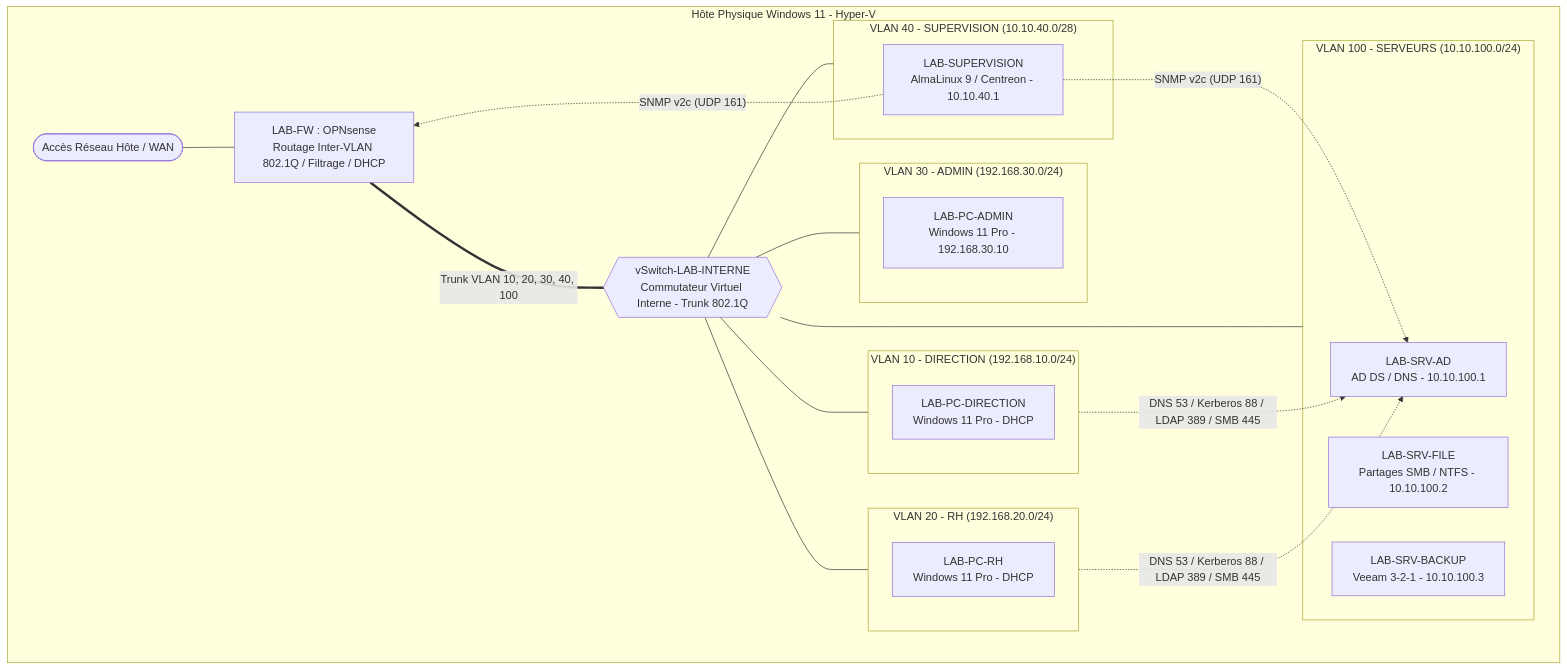
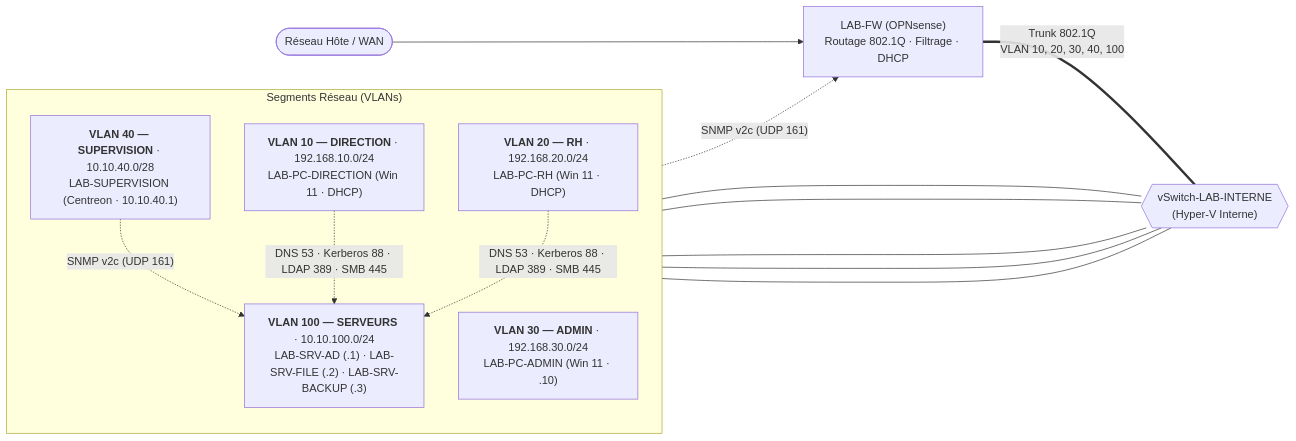
The diagram in README.md (Lesage-Florian/HomeLab-HyperV), drawn with Mermaid before and after one commit. The commit also changed other lines of this file and 5 other files, not shown here.

Commit message:
docs: improve readability, page-width tables, and Mermaid layout

````diff
--- a/README.md
+++ b/README.md
@@ -31,44 +31,25 @@
 ```mermaid
-flowchart TB
-    subgraph HOST["Hôte Physique Windows 11 - Hyper-V"]
-        WAN(["Accès Réseau Hôte / WAN"])
-        FW["LAB-FW : OPNsense\nRoutage Inter-VLAN 802.1Q / Filtrage / DHCP"]
-        VSW{{"vSwitch-LAB-INTERNE\nCommutateur Virtuel Interne - Trunk 802.1Q"}}
+flowchart LR
+    WAN(["Réseau Hôte / WAN"]) --> FW["LAB-FW (OPNsense)<br/>Routage 802.1Q · Filtrage · DHCP"]
+    FW ===|"Trunk 802.1Q<br/>VLAN 10, 20, 30, 40, 100"| VSW{{"vSwitch-LAB-INTERNE<br/>(Hyper-V Interne)"}}
 
-        WAN --- FW
-        FW ===|"Trunk VLAN 10, 20, 30, 40, 100"| VSW
-
-        subgraph V10["VLAN 10 - DIRECTION (192.168.10.0/24)"]
-            PC_DIR["LAB-PC-DIRECTION\nWindows 11 Pro - DHCP"]
-        end
-
-        subgraph V20["VLAN 20 - RH (192.168.20.0/24)"]
-            PC_RH["LAB-PC-RH\nWindows 11 Pro - DHCP"]
-        end
-
-        subgraph V30["VLAN 30 - ADMIN (192.168.30.0/24)"]
-            PC_ADM["LAB-PC-ADMIN\nWindows 11 Pro - 192.168.30.10"]
-        end
-
-        subgraph V40["VLAN 40 - SUPERVISION (10.10.40.0/28)"]
-            SUP["LAB-SUPERVISION\nAlmaLinux 9 / Centreon - 10.10.40.1"]
-        end
-
-        subgraph V100["VLAN 100 - SERVEURS (10.10.100.0/24)"]
-            AD["LAB-SRV-AD\nAD DS / DNS - 10.10.100.1"]
-            FILE["LAB-SRV-FILE\nPartages SMB / NTFS - 10.10.100.2"]
-            BKP["LAB-SRV-BACKUP\nVeeam 3-2-1 - 10.10.100.3"]
-        end
-
-        VSW --- V10
-        VSW --- V20
-        VSW --- V30
-        VSW --- V40
-        VSW --- V100
+    subgraph VLANS["Segments Réseau (VLANs)"]
+        direction TB
+        V10["<b>VLAN 10 — DIRECTION</b> · 192.168.10.0/24<br/>LAB-PC-DIRECTION (Win 11 · DHCP)"]
+        V20["<b>VLAN 20 — RH</b> · 192.168.20.0/24<br/>LAB-PC-RH (Win 11 · DHCP)"]
+        V30["<b>VLAN 30 — ADMIN</b> · 192.168.30.0/24<br/>LAB-PC-ADMIN (Win 11 · .10)"]
+        V40["<b>VLAN 40 — SUPERVISION</b> · 10.10.40.0/28<br/>LAB-SUPERVISION (Centreon · 10.10.40.1)"]
+        V100["<b>VLAN 100 — SERVEURS</b> · 10.10.100.0/24<br/>LAB-SRV-AD (.1) · LAB-SRV-FILE (.2) · LAB-SRV-BACKUP (.3)"]
     end
 
-    SUP -. "SNMP v2c (UDP 161)" .-> FW
-    SUP -. "SNMP v2c (UDP 161)" .-> AD
-    V10 -. "DNS 53 / Kerberos 88 / LDAP 389 / SMB 445" .-> AD
-    V20 -. "DNS 53 / Kerberos 88 / LDAP 389 / SMB 445" .-> AD
+    VSW --- V10
+    VSW --- V20
+    VSW --- V30
+    VSW --- V40
+    VSW --- V100
+
+    V40 -. "SNMP v2c (UDP 161)" .-> FW
+    V40 -. "SNMP v2c (UDP 161)" .-> V100
+    V10 -. "DNS 53 · Kerberos 88 · LDAP 389 · SMB 445" .-> V100
+    V20 -. "DNS 53 · Kerberos 88 · LDAP 389 · SMB 445" .-> V100
 ```
````
